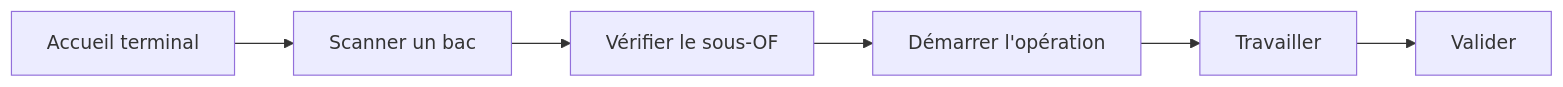
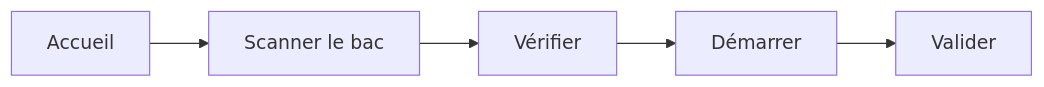
One commit to visuelconcept/shoes-pilot-docs changed the diagram in user-docs/parcours/operateur-pointage.md. Above: the diagram before and after it, drawn with Mermaid. The commit also changed other lines of this file and 9 other files, not shown here.

````diff
--- a/user-docs/parcours/operateur-pointage.md
+++ b/user-docs/parcours/operateur-pointage.md
@@ -12,8 +8,5 @@
 ```mermaid
 graph LR
-  A[Accueil terminal] --> B[Scanner un bac]
-  B --> C[Vérifier le sous-OF]
-  C --> D[Démarrer l'opération]
-  D --> E[Travailler]
-  E --> F[Valider]
+  A[Accueil] --> B[Scanner le bac]
+  B --> C[Vérifier] --> D[Démarrer] --> E[Valider]
 ```
````
